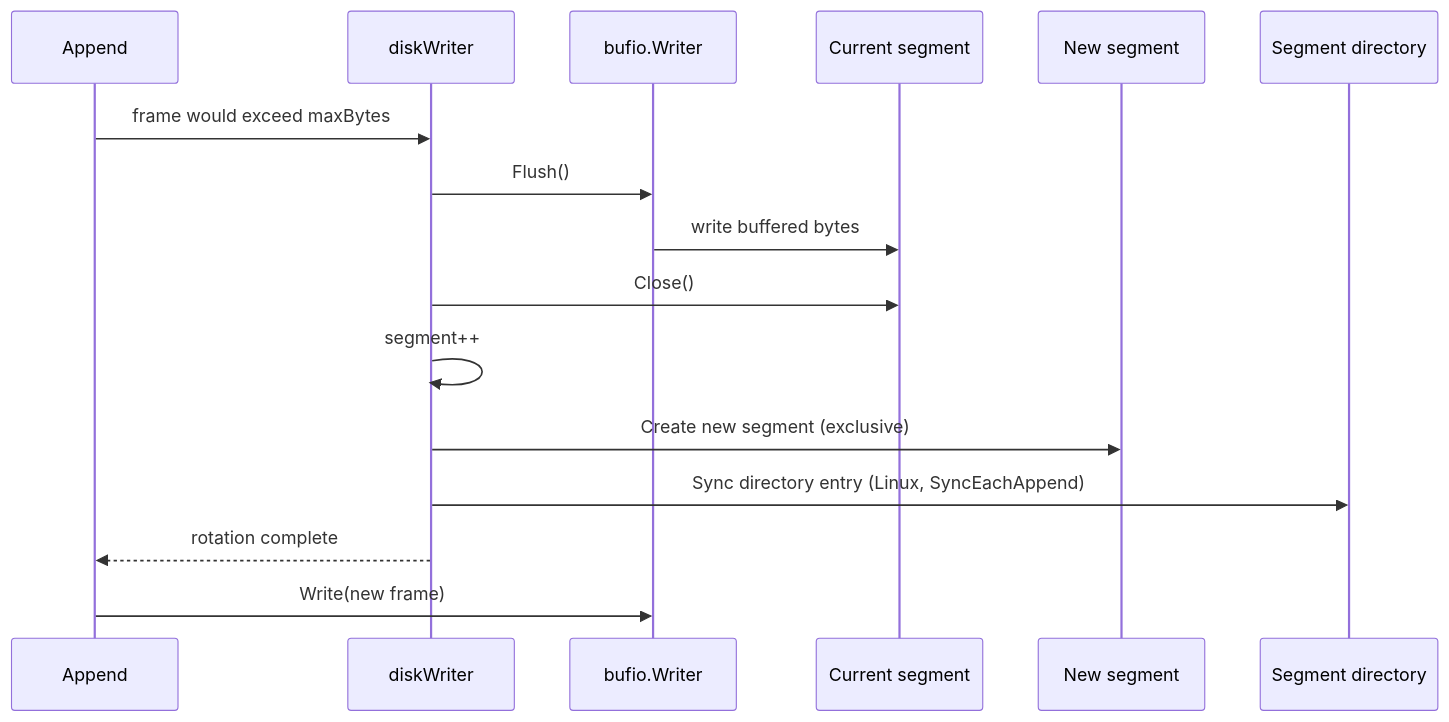
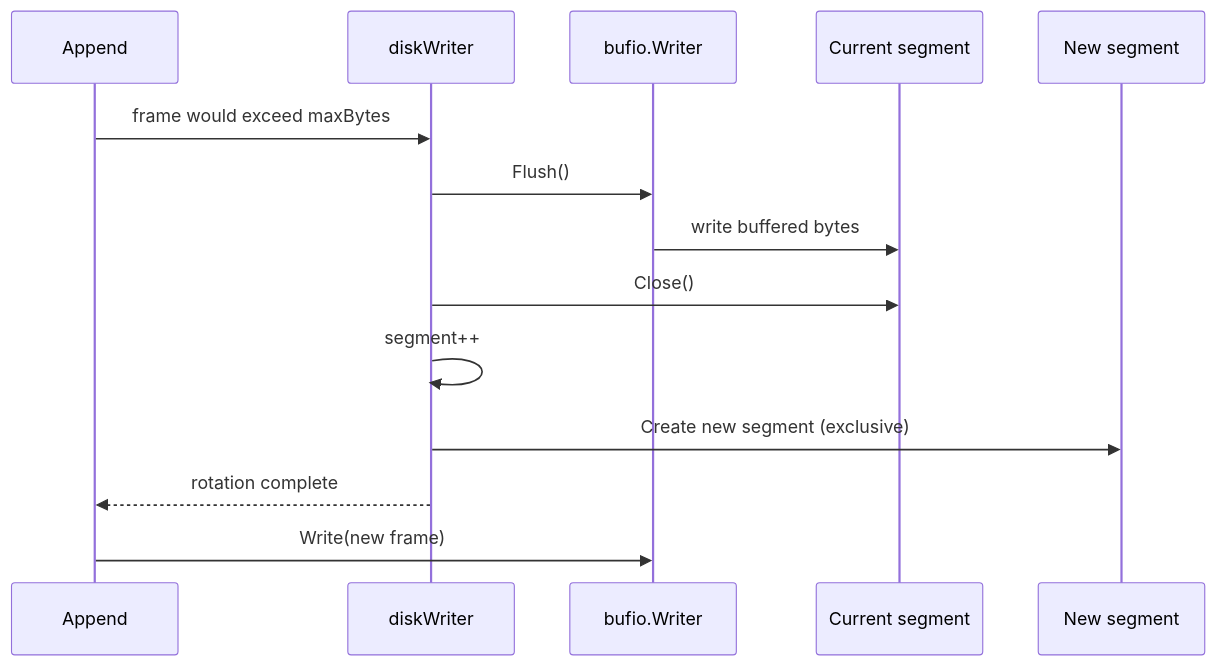
One commit to gunesis-game/pulsyflux-stream changed the sixth of 8 diagrams in docs/storage_disk.md. Above: the diagram before and after it, drawn with Mermaid. The commit also changed other lines of this file and 5 other files, not shown here.

Commit message:
fix: disable strict append sync consistently across platforms

````diff
--- a/docs/storage_disk.md
+++ b/docs/storage_disk.md
@@ -241,19 +241,17 @@
 ```mermaid
 sequenceDiagram
     participant A as Append
     participant W as diskWriter
     participant B as bufio.Writer
     participant F1 as Current segment
     participant F2 as New segment
-    participant D as Segment directory
 
     A->>W: frame would exceed maxBytes
     W->>B: Flush()
     B->>F1: write buffered bytes
     W->>F1: Close()
     W->>W: segment++
     W->>F2: Create new segment (exclusive)
-    W->>D: Sync directory entry (Linux, SyncEachAppend)
     W-->>A: rotation complete
     A->>B: Write(new frame)
 ```
````
